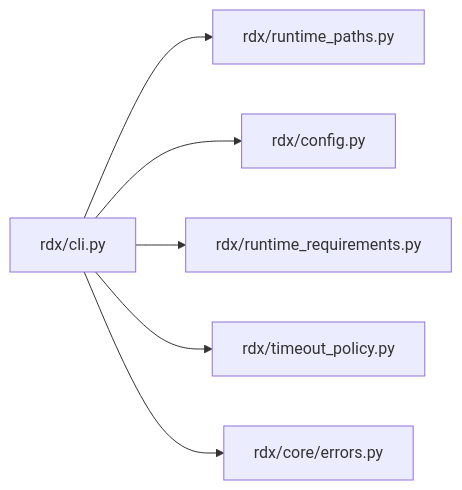
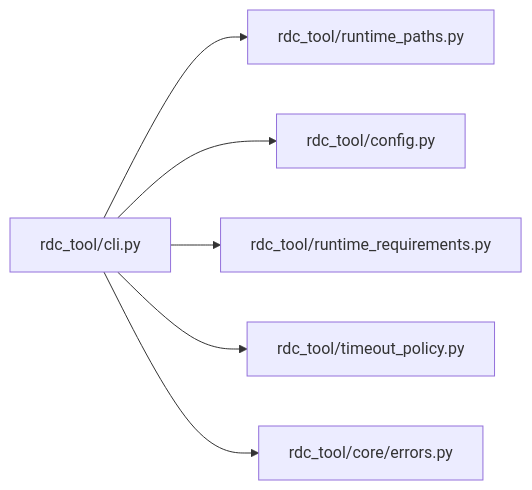
Before and after one commit to haolange/RDC-Tool: the sixth of 6 diagrams in .qoder/repowiki/zh/content/高级主题/高级配置.md, drawn with Mermaid. The commit also changed other lines of this file and 388 other files, not shown here.

First line of the commit message:
Release RDC-Tool identity and public maintenance surface

````diff
--- a/.qoder/repowiki/zh/content/高级主题/高级配置.md
+++ b/.qoder/repowiki/zh/content/高级主题/高级配置.md
@@ -218,8 +218,8 @@
 ```mermaid
 graph LR
-CLI["rdx/cli.py"] --> PATH["rdx/runtime_paths.py"]
-CLI --> CFG["rdx/config.py"]
-CLI --> REQ["rdx/runtime_requirements.py"]
-CLI --> TMO["rdx/timeout_policy.py"]
-CLI --> ERR["rdx/core/errors.py"]
+CLI["rdc_tool/cli.py"] --> PATH["rdc_tool/runtime_paths.py"]
+CLI --> CFG["rdc_tool/config.py"]
+CLI --> REQ["rdc_tool/runtime_requirements.py"]
+CLI --> TMO["rdc_tool/timeout_policy.py"]
+CLI --> ERR["rdc_tool/core/errors.py"]
 ```
````
